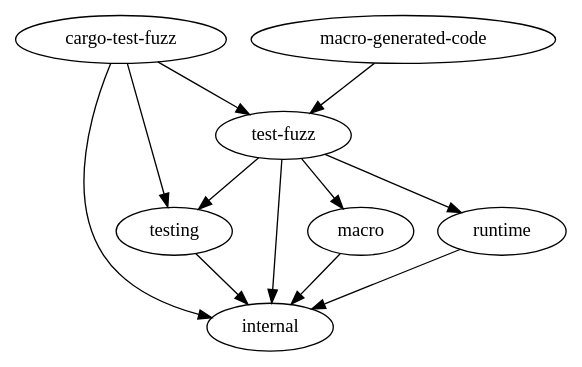
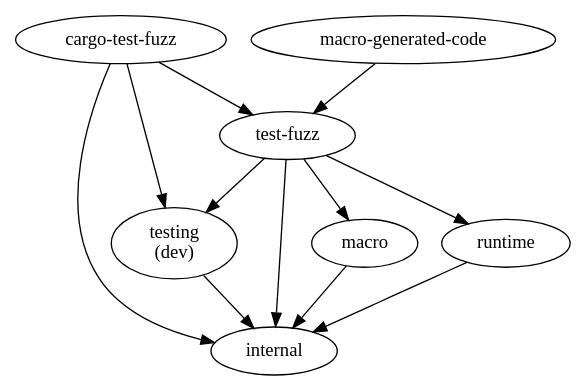
One commit to trailofbits/test-fuzz changed the diagram in docs/crates.dot. Above: the diagram before and after it, drawn with Graphviz. The commit also changed 42 other files, not shown here.

```diff
--- a/docs/crates.dot
+++ b/docs/crates.dot
@@ -1,13 +1,13 @@
 digraph {
     "cargo-test-fuzz" -> "internal"
     "cargo-test-fuzz" -> "test-fuzz"
-    "cargo-test-fuzz" -> "testing"
+    "cargo-test-fuzz" -> "testing\n(dev)"
     "macro" -> "internal"
     "macro-generated-code" -> "test-fuzz"
     "runtime" -> "internal"
     "test-fuzz" -> "internal"
     "test-fuzz" -> "macro"
     "test-fuzz" -> "runtime"
-    "test-fuzz" -> "testing"
-    "testing" -> "internal"
+    "test-fuzz" -> "testing\n(dev)"
+    "testing\n(dev)" -> "internal"
 }
```
